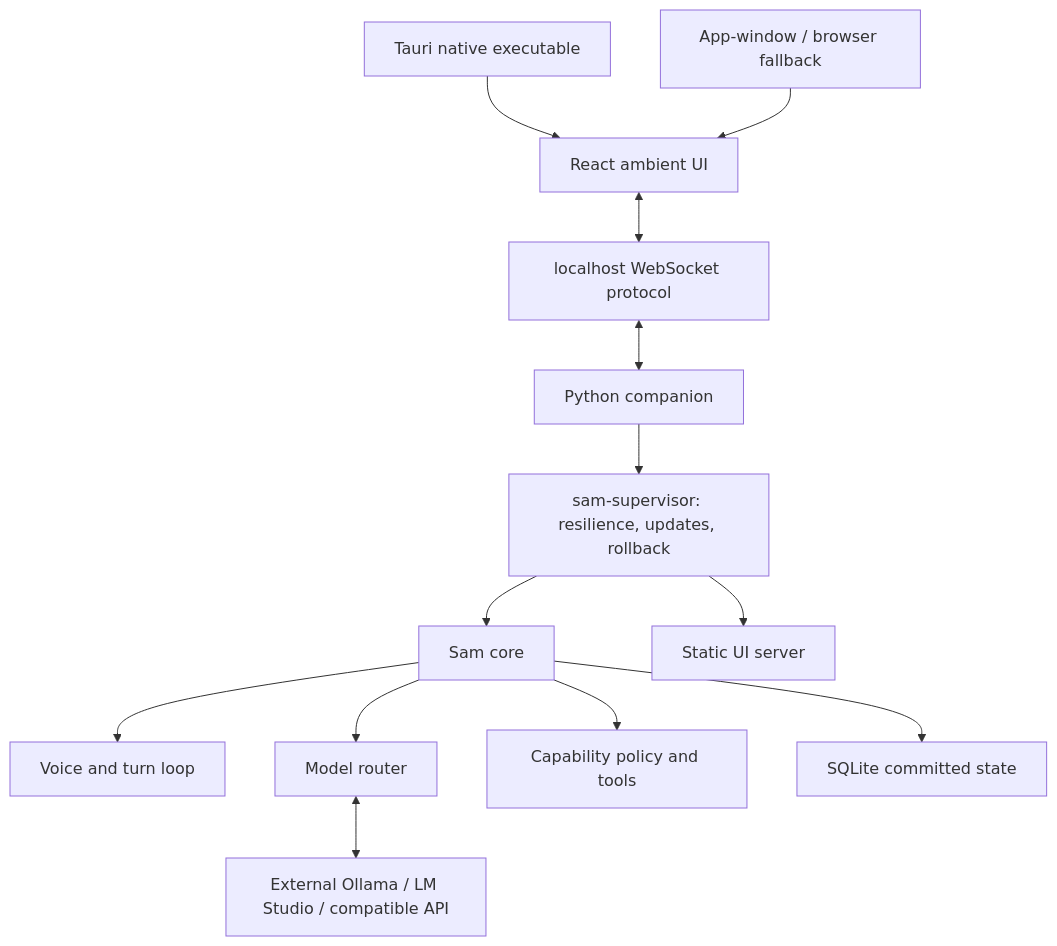
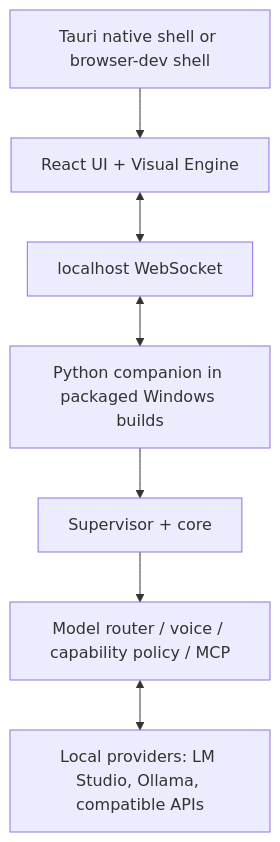
The diagram in README.md (AlfonsoFR2020/sam-ambient), drawn with Mermaid before and after one commit. The commit also changed other lines of this file and 14 other files, not shown here.

````diff
--- a/README.md
+++ b/README.md
@@ -89,15 +90,9 @@
 ```mermaid
 flowchart TD
-    Tauri[Tauri native executable] --> React[React ambient UI]
-    Browser[App-window / browser fallback] --> React
-    React <--> Bridge[localhost WebSocket protocol]
-    Bridge <--> Companion[Python companion]
-    Companion --> Supervisor[sam-supervisor: resilience, updates, rollback]
-    Supervisor --> Core[Sam core]
-    Core --> Voice[Voice and turn loop]
-    Core --> Models[Model router]
-    Core --> Policy[Capability policy and tools]
-    Core --> Data[SQLite committed state]
-    Supervisor --> Static[Static UI server]
-    Models <--> Backends[External Ollama / LM Studio / compatible API]
+    Shell[Tauri native shell or browser-dev shell] --> UI[React UI + Visual Engine]
+    UI <--> WS[localhost WebSocket]
+    WS <--> Python[Python companion in packaged Windows builds]
+    Python --> Supervisor[Supervisor + core]
+    Supervisor --> Runtime[Model router / voice / capability policy / MCP]
+    Runtime <--> Providers[Local providers: LM Studio, Ollama, compatible APIs]
 ```
````
